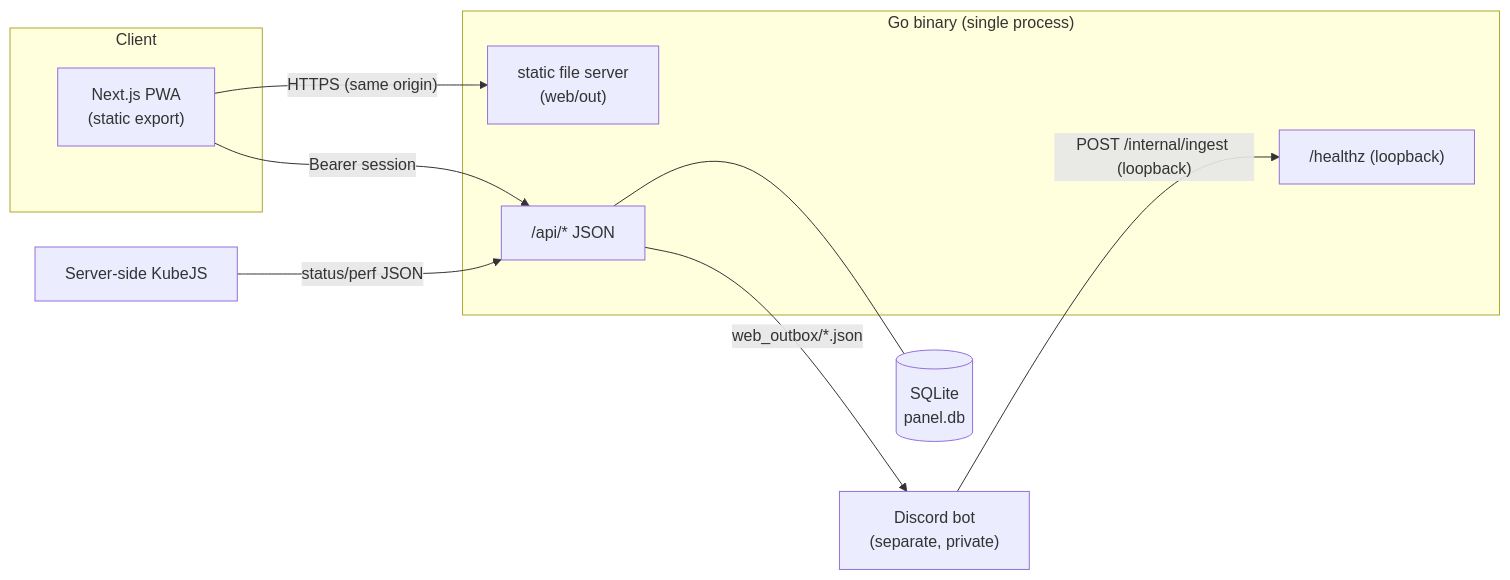
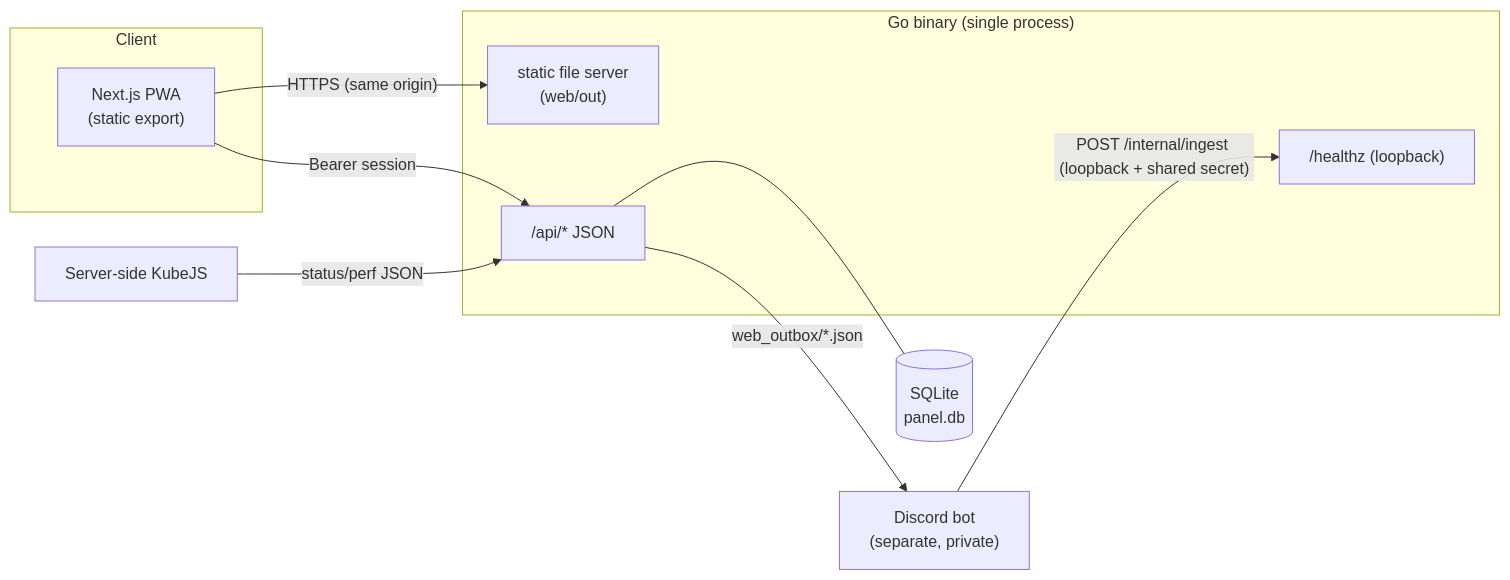
One commit to Kim-Geonwoo/mc-panel-pwa changed the diagram in README.en.md. Above: the diagram before and after it, drawn with Mermaid. The commit also changed other lines of this file and 9 other files, not shown here.

````diff
--- a/README.en.md
+++ b/README.en.md
@@ -63,21 +64,21 @@
 ```mermaid
 flowchart LR
   subgraph Client
     PWA["Next.js PWA<br/>(static export)"]
   end
   subgraph Backend["Go binary (single process)"]
     Static["static file server<br/>(web/out)"]
     API["/api/* JSON"]
     Health["/healthz (loopback)"]
   end
   Bot["Discord bot<br/>(separate, private)"]
   KubeJS["Server-side KubeJS"]
   DB[("SQLite<br/>panel.db")]
 
   PWA -- "HTTPS (same origin)" --> Static
   PWA -- "Bearer session" --> API
   API --- DB
-  Bot -- "POST /internal/ingest (loopback)" --> Health
+  Bot -- "POST /internal/ingest (loopback + shared secret)" --> Health
   KubeJS -- "status/perf JSON" --> API
   API -- "web_outbox/*.json" --> Bot
 ```
````
